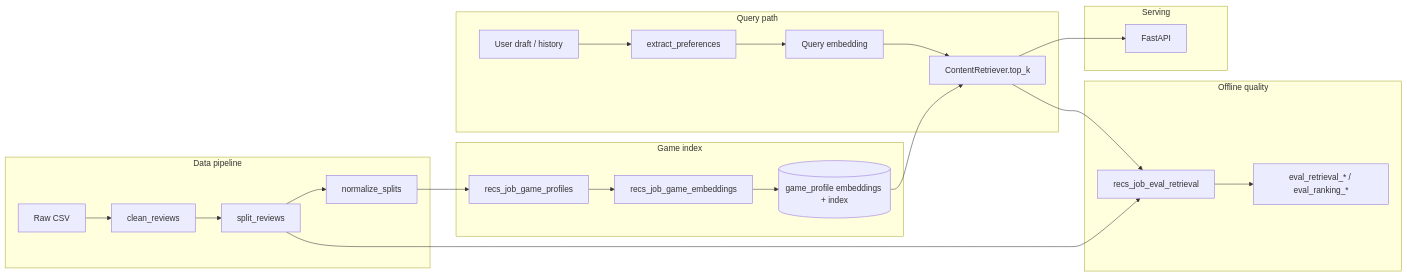
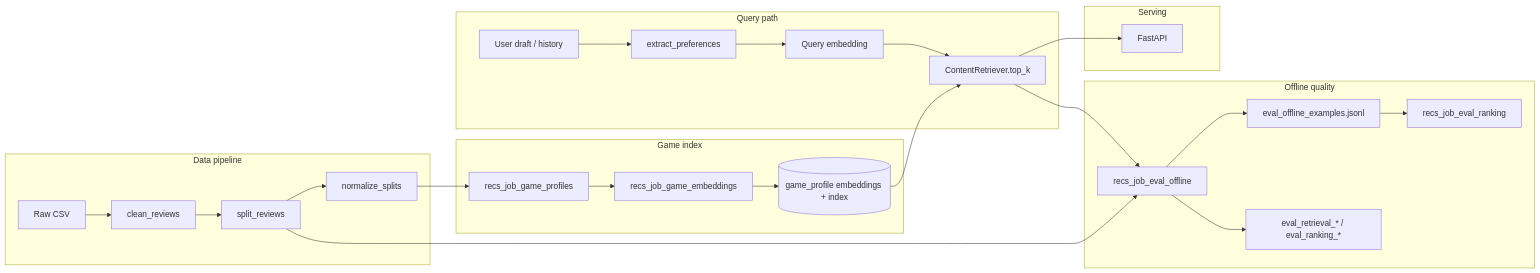
One commit to rreuther8/steam-review-ml changed the diagram in docs/project_summary.md. Above: the diagram before and after it, drawn with Mermaid. The commit also changed other lines of this file and 41 other files, not shown here.

First line of the commit message:
Close out v1 offline eval: rename combined job, wire D1, add experiment registry.

````diff
--- a/docs/project_summary.md
+++ b/docs/project_summary.md
@@ -86,32 +86,34 @@
 ```mermaid
 flowchart LR
   subgraph ingest [Data pipeline]
     RAW[Raw CSV] --> CLEAN[clean_reviews]
     CLEAN --> SPLIT[split_reviews]
     SPLIT --> NORM[normalize_splits]
   end
 
   subgraph index [Game index]
     PROFILES[recs_job_game_profiles] --> EMBED[recs_job_game_embeddings]
     EMBED --> INDEX[(game_profile embeddings + index)]
   end
 
   subgraph query [Query path]
     DRAFT[User draft / history] --> PREF[extract_preferences]
     PREF --> QVEC[Query embedding]
     QVEC --> RET[ContentRetriever.top_k]
     INDEX --> RET
   end
 
   subgraph quality [Offline quality]
-    RET --> EVAL[recs_job_eval_retrieval]
+    RET --> EVAL[recs_job_eval_offline]
+    EVAL --> POOLS[eval_offline_examples.jsonl]
+    POOLS --> RANK[recs_job_eval_ranking]
     EVAL --> METRICS[eval_retrieval_* / eval_ranking_*]
   end
 
   subgraph serve [Serving]
     RET --> API[FastAPI]
   end
 
   NORM --> PROFILES
   SPLIT --> EVAL
 ```
````
